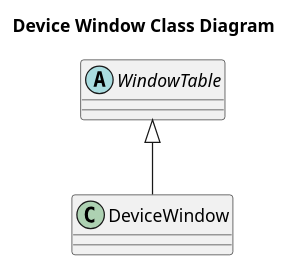
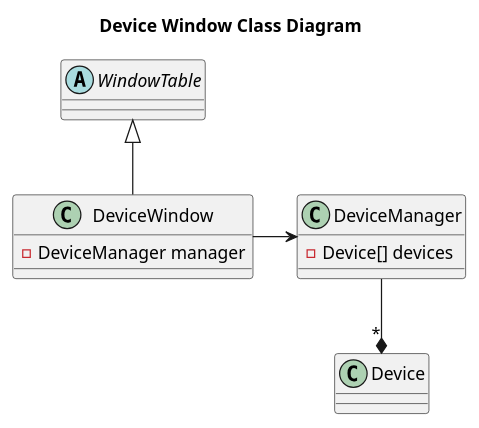
Before and after one commit to dgitz/eros: the diagram in doc/SystemMonitor/Windows/DeviceWindow/DeviceWindowClassDiagram.puml, drawn with PlantUML. The commit also changed 20 other files, not shown here.

```diff
--- a/doc/SystemMonitor/Windows/DeviceWindow/DeviceWindowClassDiagram.puml
+++ b/doc/SystemMonitor/Windows/DeviceWindow/DeviceWindowClassDiagram.puml
@@ -1,10 +1,18 @@
 @startuml
 title "Device Window Class Diagram"
 abstract WindowTable {
     
 }
 class DeviceWindow {
+    -DeviceManager manager
+}
+class DeviceManager {
+    -Device[] devices
+}
+DeviceWindow -> DeviceManager
+class Device {
 
 }
+DeviceManager --* "*" Device
 WindowTable <|-- DeviceWindow
 @enduml
```
